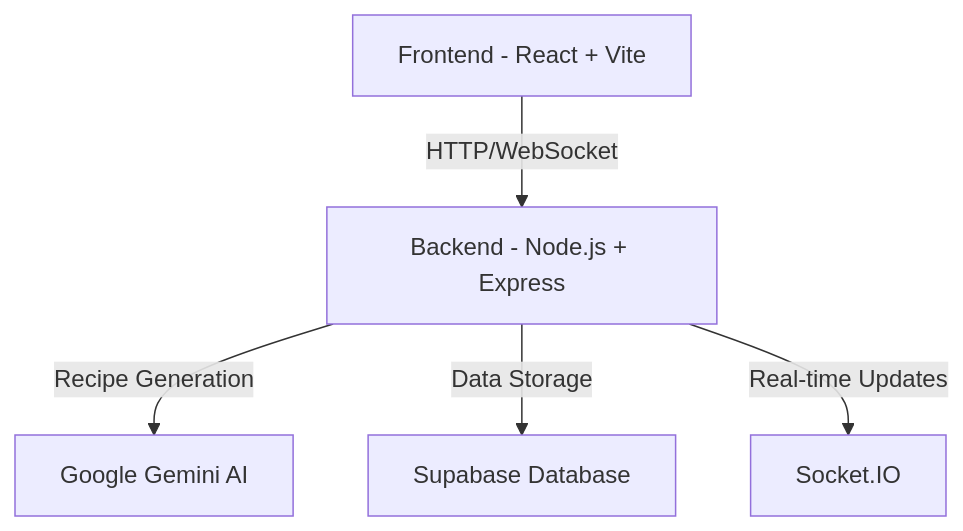
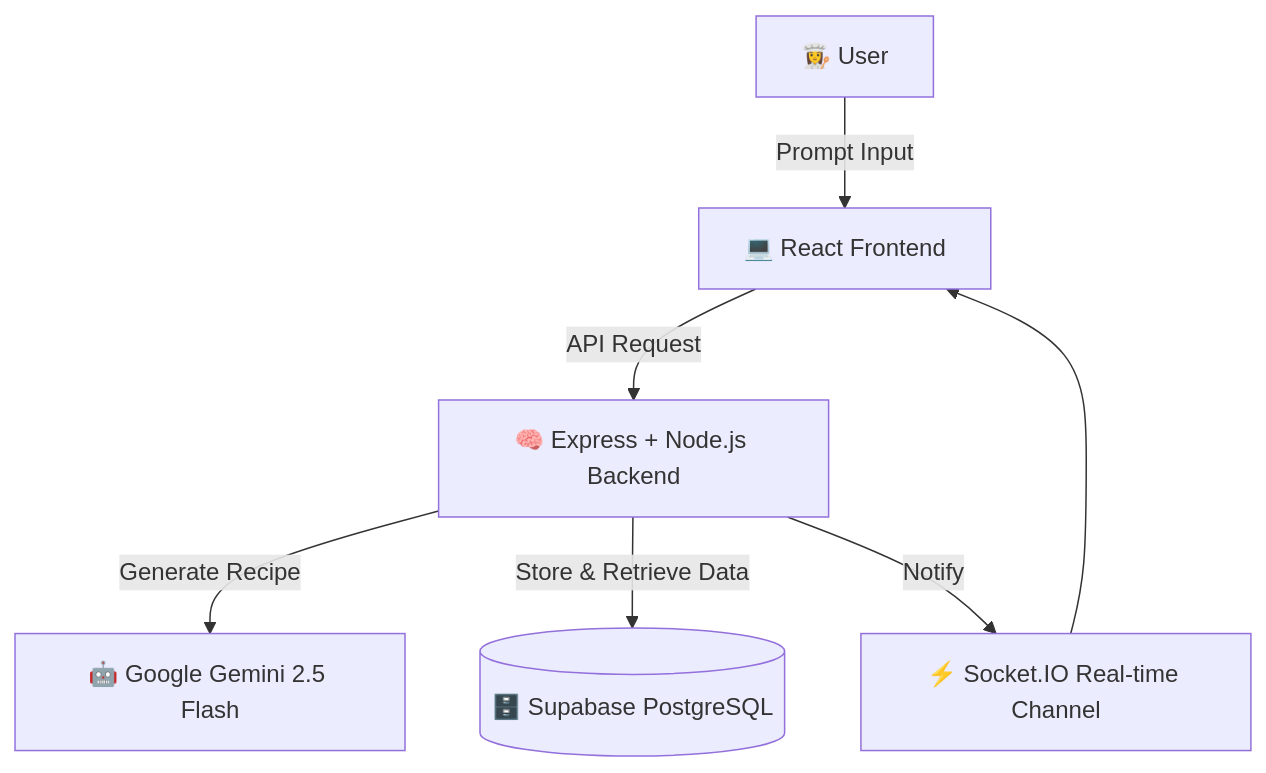
The first of 4 diagrams in README.md (aayushdebugging/Capillary-Technologies), drawn with Mermaid before and after one commit. The commit also changed other lines of this file, not shown here.

````diff
--- a/README.md
+++ b/README.md
@@ -145,7 +52,9 @@
 ```mermaid
 graph TD
-    A[Frontend - React + Vite] -->|HTTP/WebSocket| B[Backend - Node.js + Express]
-    B -->|Recipe Generation| C[Google Gemini AI]
-    B -->|Data Storage| D[Supabase Database]
-    B -->|Real-time Updates| E[Socket.IO]
+    U[👩‍🍳 User] -->|Prompt Input| FE[💻 React Frontend]
+    FE -->|API Request| BE[🧠 Express + Node.js Backend]
+    BE -->|Generate Recipe| AI[🤖 Google Gemini 2.5 Flash]
+    BE -->|Store & Retrieve Data| DB[(🗄️ Supabase PostgreSQL)]
+    BE -->|Notify| RT[⚡ Socket.IO Real-time Channel]
+    RT --> FE
 ```
````
